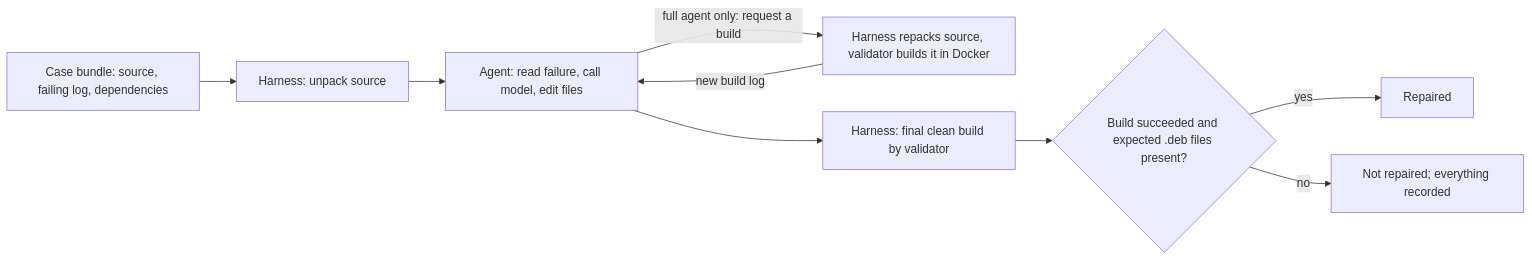
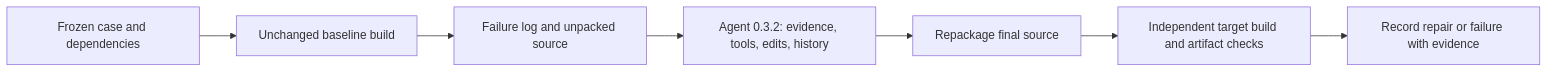
One commit to ec528-fall26/build-bench changed the diagram in docs/design-document.md. Above: the diagram before and after it, drawn with Mermaid. The commit also changed other lines of this file, not shown here.

````diff
--- a/docs/design-document.md
+++ b/docs/design-document.md
@@ -28,11 +26,9 @@
 ```mermaid
 flowchart LR
-    A[Case bundle: source, failing log, dependencies] --> B[Harness: unpack source]
-    B --> C[Agent: read failure, call model, edit files]
-    C -->|full agent only: request a build| D[Harness repacks source, validator builds it in Docker]
-    D -->|new build log| C
-    C --> E[Harness: final clean build by validator]
-    E --> F{Build succeeded and expected .deb files present?}
-    F -->|yes| G[Repaired]
-    F -->|no| H[Not repaired; everything recorded]
+    A[Frozen case and dependencies] --> B[Unchanged baseline build]
+    B --> C[Failure log and unpacked source]
+    C --> D[Agent 0.3.2: evidence, tools, edits, history]
+    D --> E[Repackage final source]
+    E --> F[Independent target build and artifact checks]
+    F --> G[Record repair or failure with evidence]
 ```
````
